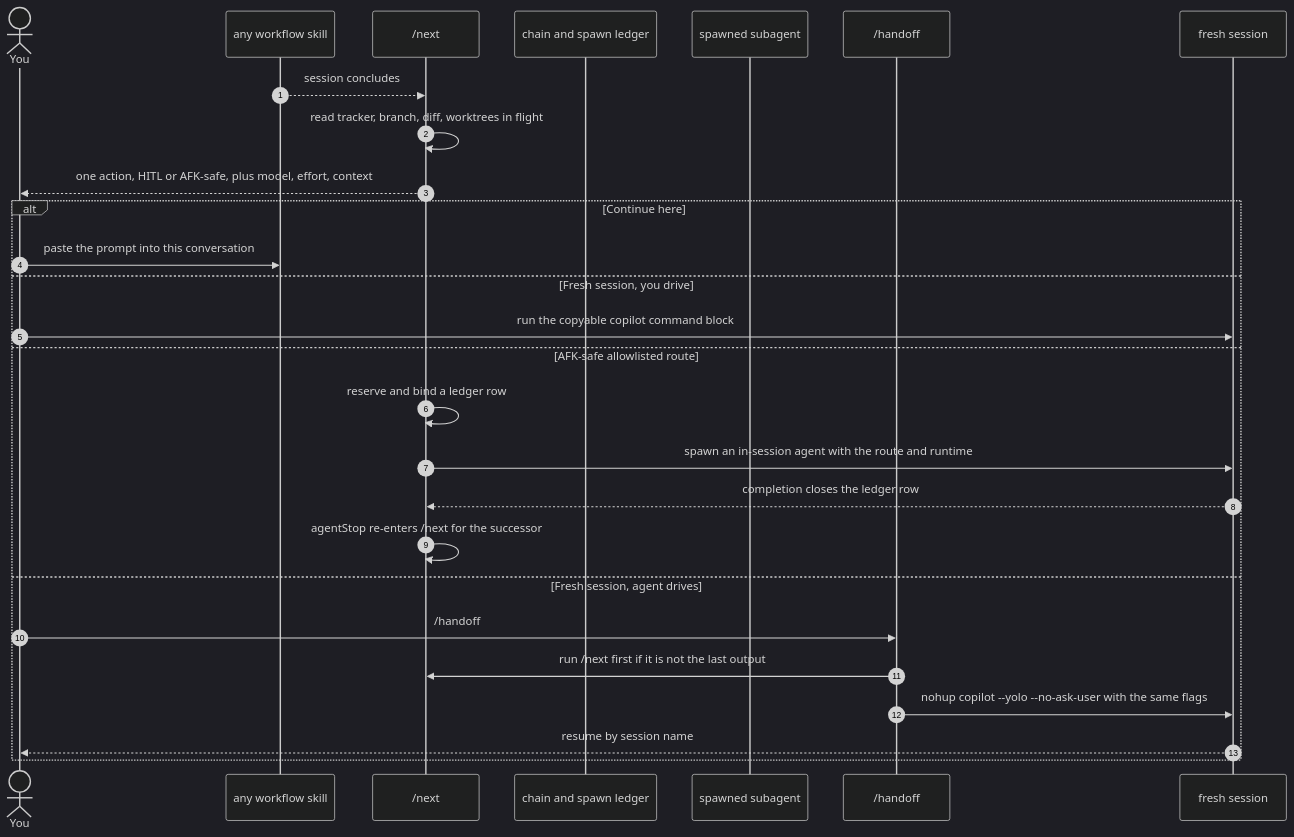
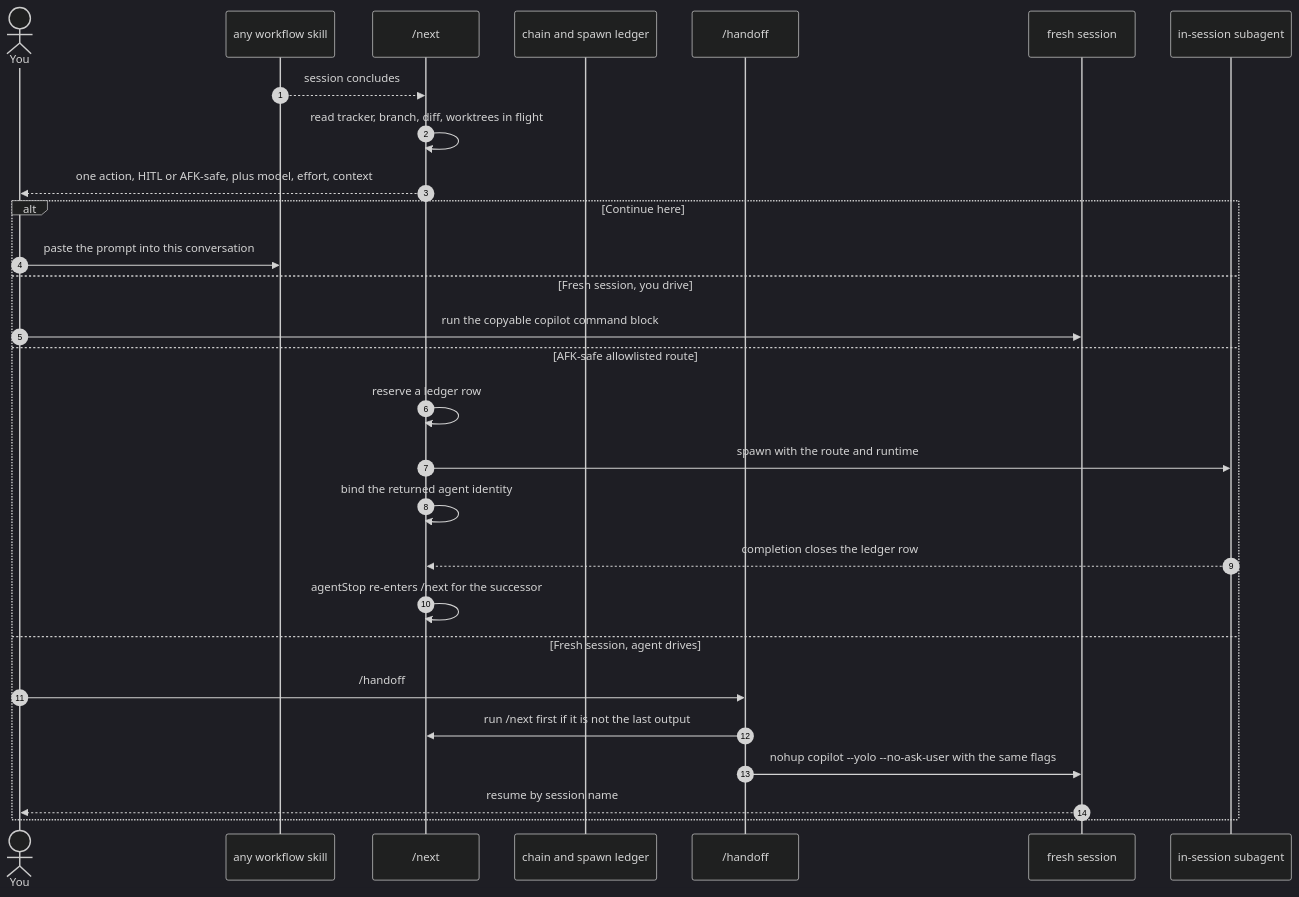
The third of 12 diagrams in docs/skill-connections.md (bradcstevens/git-loopy-skills), drawn with Mermaid (dark theme) before and after one commit. The commit also changed other lines of this file, not shown here.

````diff
--- a/docs/skill-connections.md
+++ b/docs/skill-connections.md
@@ -168,31 +172,32 @@
 ```mermaid
 sequenceDiagram
     autonumber
     actor U as You
     participant SK as any workflow skill
     participant NX as /next
     participant CH as chain and spawn ledger
-    participant SA as spawned subagent
     participant HO as /handoff
     participant BG as fresh session
+    participant SA as in-session subagent
 
     SK-->>NX: session concludes
     NX->>NX: read tracker, branch, diff, worktrees in flight
     NX-->>U: one action, HITL or AFK-safe, plus model, effort, context
 
     alt Continue here
         U->>SK: paste the prompt into this conversation
     else Fresh session, you drive
         U->>BG: run the copyable copilot command block
     else AFK-safe allowlisted route
-        NX->>NX: reserve and bind a ledger row
-        NX->>BG: spawn an in-session agent with the route and runtime
-        BG-->>NX: completion closes the ledger row
+        NX->>NX: reserve a ledger row
+        NX->>SA: spawn with the route and runtime
+        NX->>NX: bind the returned agent identity
+        SA-->>NX: completion closes the ledger row
         NX->>NX: agentStop re-enters /next for the successor
     else Fresh session, agent drives
         U->>HO: /handoff
         HO->>NX: run /next first if it is not the last output
         HO->>BG: nohup copilot --yolo --no-ask-user with the same flags
         BG-->>U: resume by session name
     end
 ```
````
